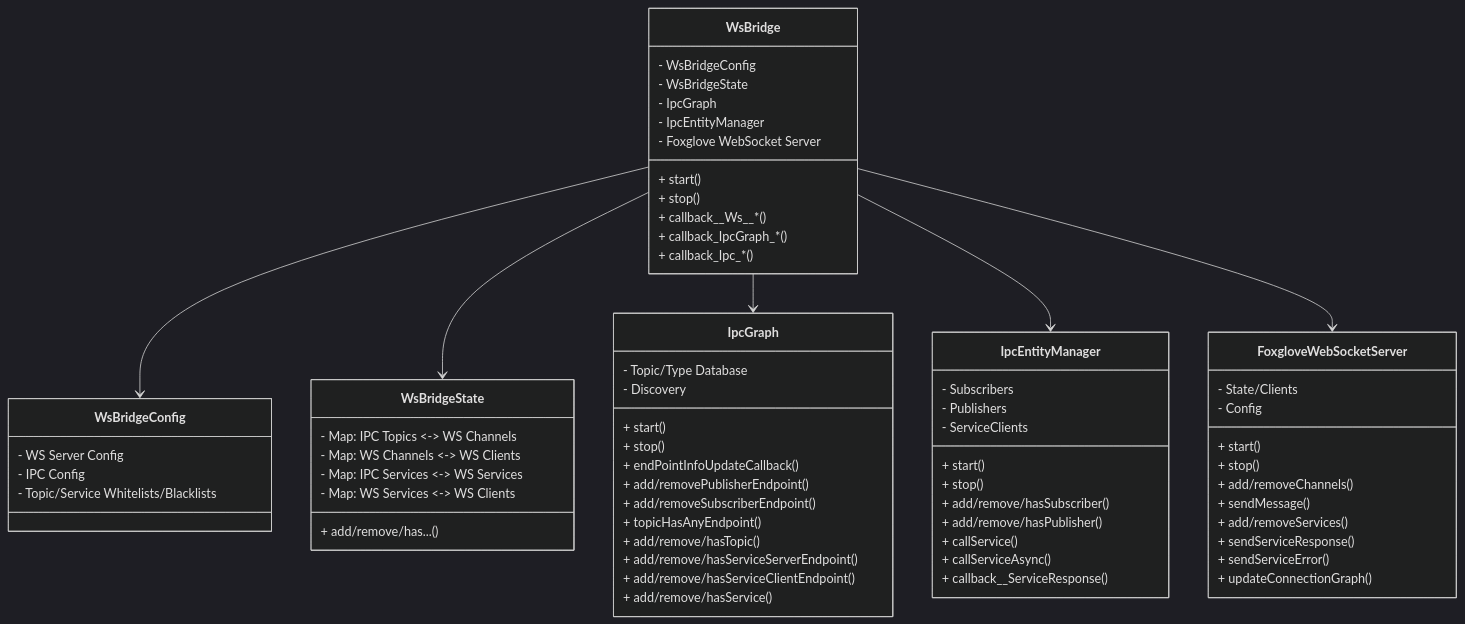
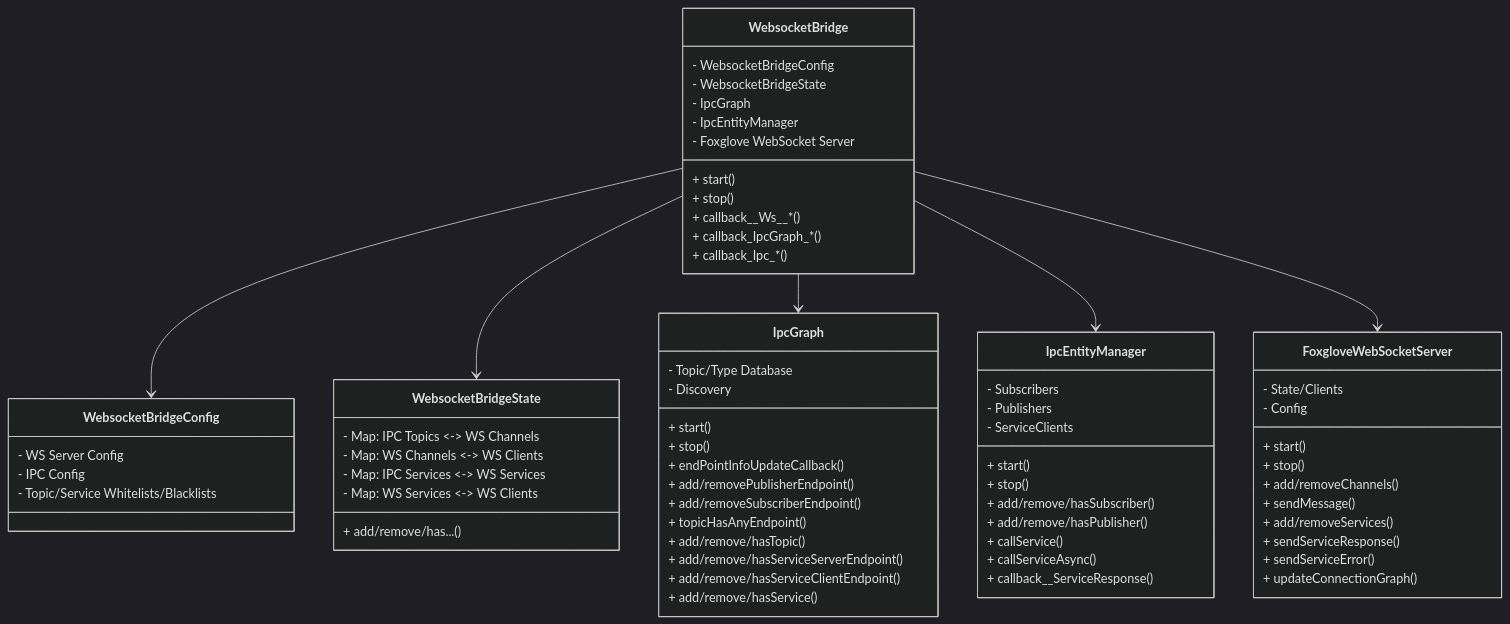
The diagram in modules/websocket_bridge/README.md (olympus-robotics/hephaestus), drawn with Mermaid (dark theme) before and after one commit. The commit also changed 9 other files, not shown here.

````diff
--- a/modules/websocket_bridge/README.md
+++ b/modules/websocket_bridge/README.md
@@ -29,8 +29,8 @@
 ```mermaid
 classDiagram
-class WsBridge {
-    - WsBridgeConfig
-    - WsBridgeState
+class WebsocketBridge {
+    - WebsocketBridgeConfig
+    - WebsocketBridgeState
     - IpcGraph
     - IpcEntityManager
 
@@ -44,13 +44,13 @@
     + callback_Ipc_*()
 }
 
-class WsBridgeConfig {
+class WebsocketBridgeConfig {
     - WS Server Config
     - IPC Config
     - Topic/Service Whitelists/Blacklists
 }
 
-class WsBridgeState {
+class WebsocketBridgeState {
    - Map: IPC Topics <-> WS Channels
    - Map: WS Channels <-> WS Clients
    - Map: IPC Services <-> WS Services
@@ -112,9 +112,9 @@
     + updateConnectionGraph()    
 }
 
-WsBridge --> WsBridgeConfig
-WsBridge --> WsBridgeState
-WsBridge --> IpcGraph
-WsBridge --> IpcEntityManager
-WsBridge --> Foxglove WebSocket Server
+WebsocketBridge --> WebsocketBridgeConfig
+WebsocketBridge --> WebsocketBridgeState
+WebsocketBridge --> IpcGraph
+WebsocketBridge --> IpcEntityManager
+WebsocketBridge --> Foxglove WebSocket Server
 ```
````
